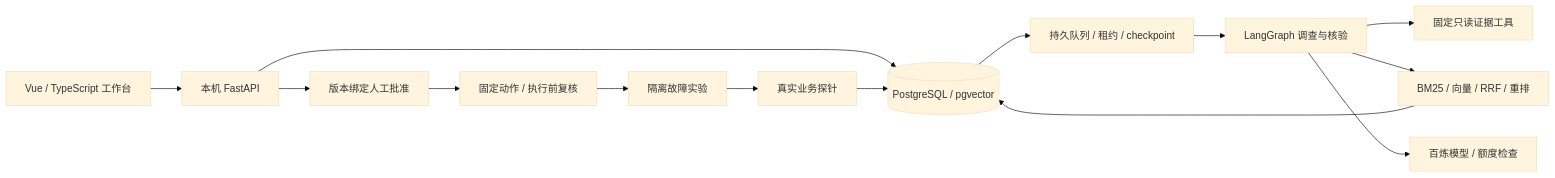
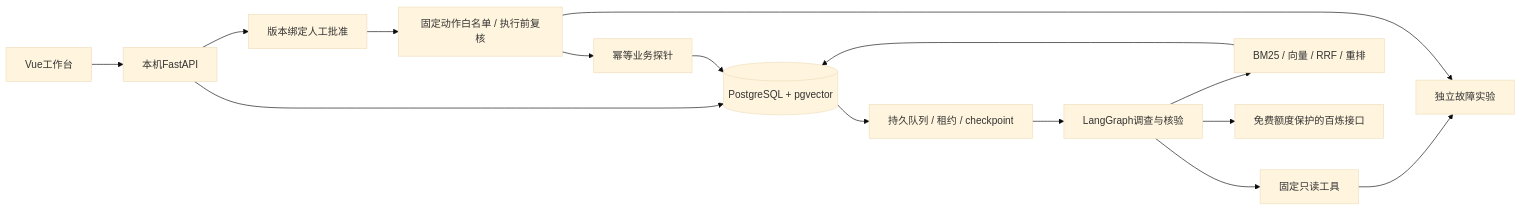
One commit to chen-xinyi111/caseflow changed the diagram in docs/ARCHITECTURE.md. Above: the diagram before and after it, drawn with Mermaid (base theme). The commit also changed other lines of this file and 47 other files, not shown here.

````diff
--- a/docs/ARCHITECTURE.md
+++ b/docs/ARCHITECTURE.md
@@ -7,16 +3,17 @@
 ```mermaid
 flowchart LR
-    UI["Vue / TypeScript 工作台"] --> API["本机 FastAPI"]
-    API --> DB[("PostgreSQL / pgvector")]
-    DB --> Queue["持久队列 / 租约 / checkpoint"]
-    Queue --> Graph["LangGraph 调查与核验"]
-    Graph --> Evidence["固定只读证据工具"]
-    Graph --> Retrieval["BM25 / 向量 / RRF / 重排"]
-    Retrieval --> DB
-    Graph --> Model["百炼模型 / 额度检查"]
-    API --> Approval["版本绑定人工批准"]
-    Approval --> Recovery["固定动作 / 执行前复核"]
-    Recovery --> Lab["隔离故障实验"]
-    Lab --> Probe["真实业务探针"]
+    UI[Vue工作台] --> API[本机FastAPI]
+    API --> DB[(PostgreSQL + pgvector)]
+    DB --> Queue[持久队列 / 租约 / checkpoint]
+    Queue --> Graph[LangGraph调查与核验]
+    Graph --> Read[固定只读工具]
+    Graph --> RAG[BM25 / 向量 / RRF / 重排]
+    RAG --> DB
+    Graph --> Model[免费额度保护的百炼接口]
+    Read --> Fault[独立故障实验]
+    API --> Approval[版本绑定人工批准]
+    Approval --> Action[固定动作白名单 / 执行前复核]
+    Action --> Fault
+    Action --> Probe[幂等业务探针]
     Probe --> DB
 ```
````
